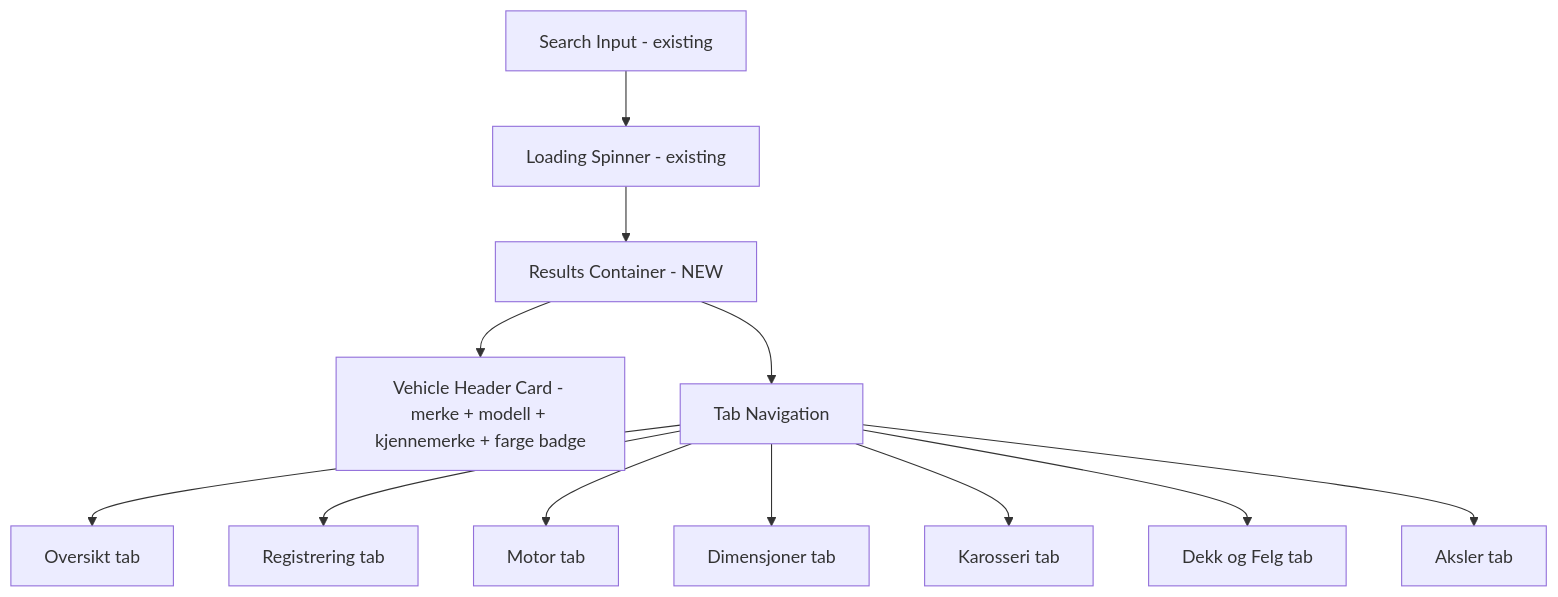
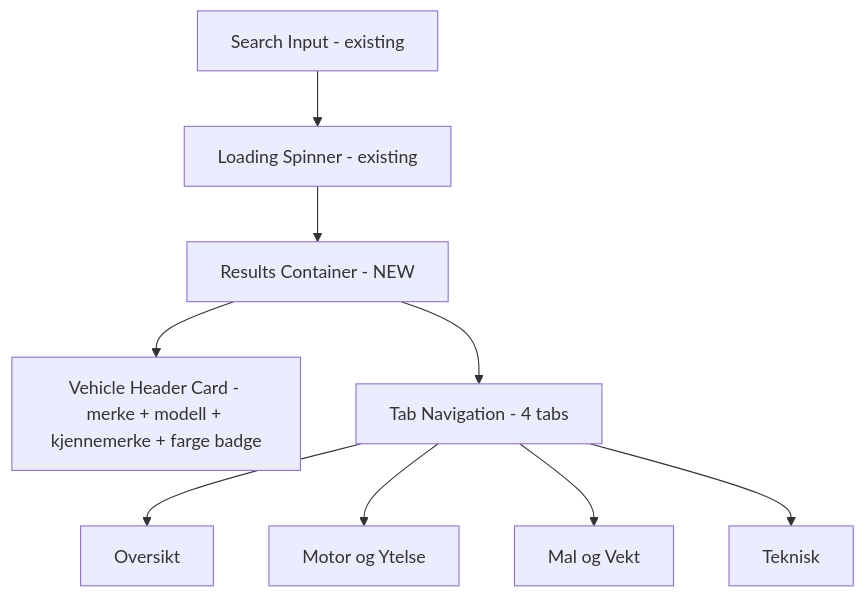
The second of 2 diagrams in plans/enhanced-vehicle-data-ui.md (w3bdesign/Statens-Vegvesen), drawn with Mermaid before and after one commit. The commit also changed other lines of this file and 7 other files, not shown here.

````diff
--- a/plans/enhanced-vehicle-data-ui.md
+++ b/plans/enhanced-vehicle-data-ui.md
@@ -131,14 +134,11 @@
 ```mermaid
 graph TD
     A[Search Input - existing] --> B[Loading Spinner - existing]
     B --> C[Results Container - NEW]
     C --> D[Vehicle Header Card - merke + modell + kjennemerke + farge badge]
-    C --> E[Tab Navigation]
-    E --> E1[Oversikt tab]
-    E --> E2[Registrering tab]
-    E --> E3[Motor tab]
-    E --> E4[Dimensjoner tab]
-    E --> E5[Karosseri tab]
-    E --> E6[Dekk og Felg tab]
-    E --> E7[Aksler tab]
+    C --> E[Tab Navigation - 4 tabs]
+    E --> E1[Oversikt]
+    E --> E2[Motor og Ytelse]
+    E --> E3[Mal og Vekt]
+    E --> E4[Teknisk]
 ```
````
